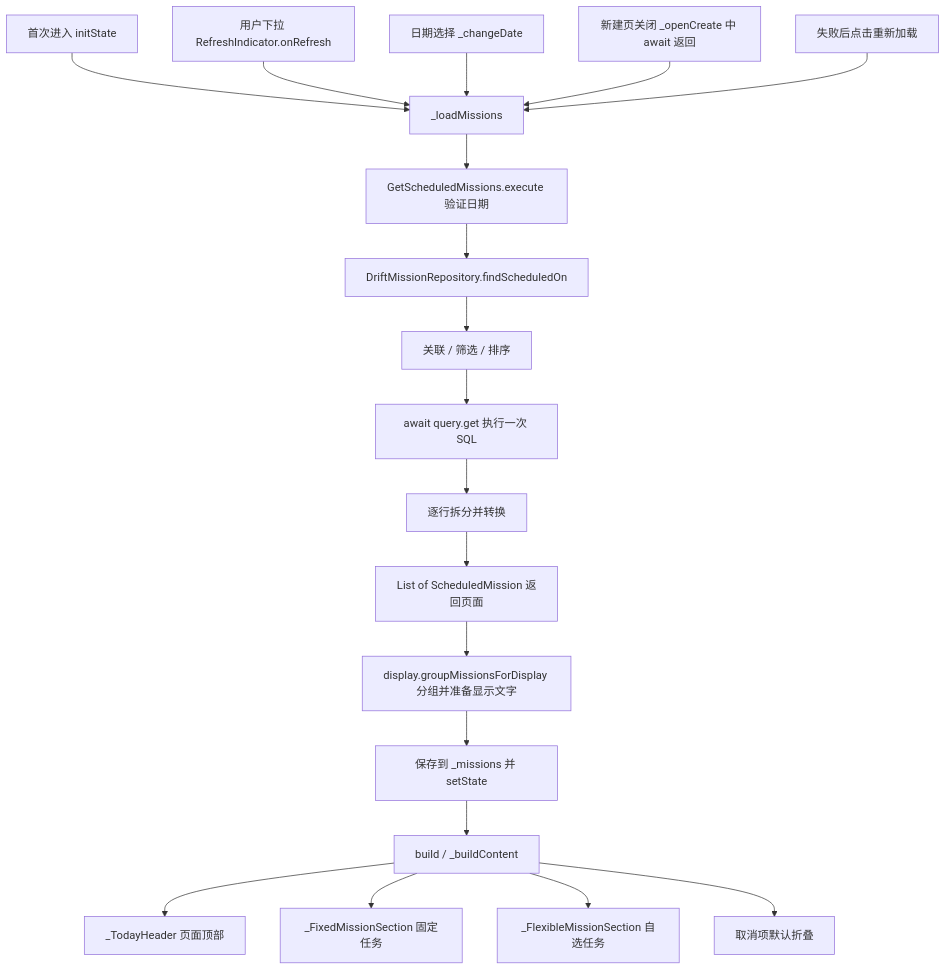
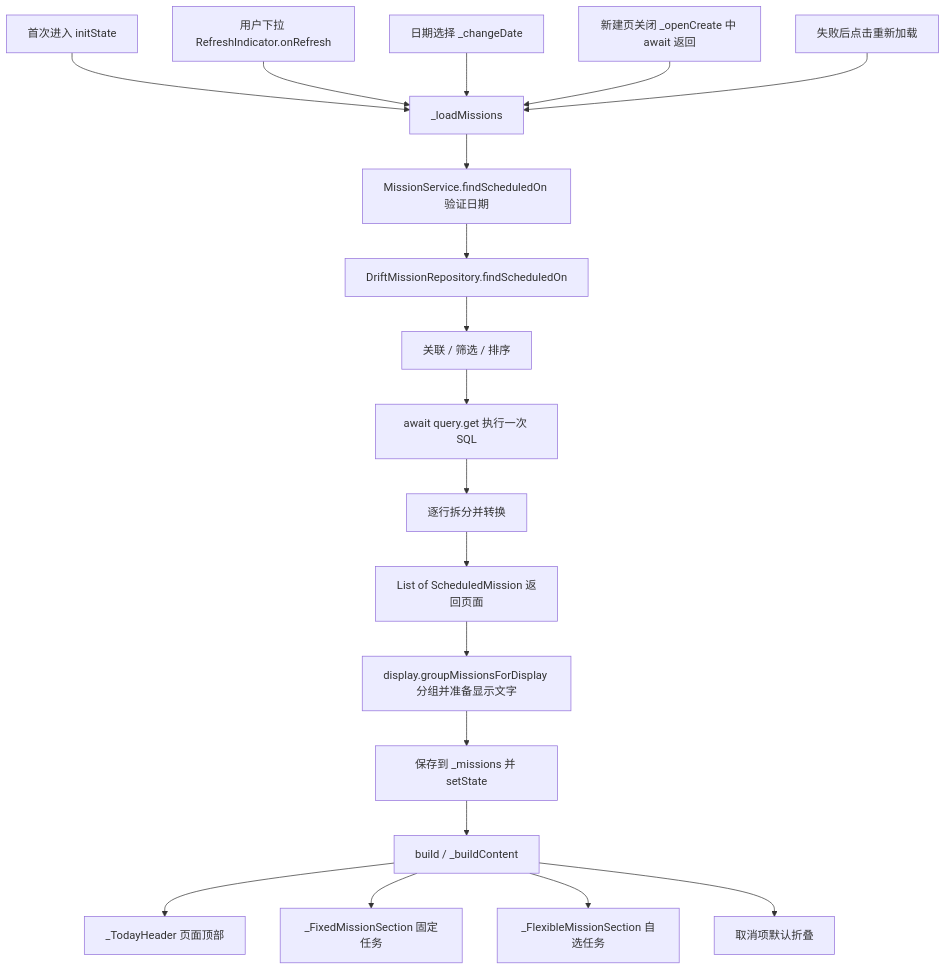
The first of 2 diagrams in docs/教学/U06-今天页真实列表.md (Liuxin4950/MissionBook), drawn with Mermaid before and after one commit. The commit also changed other lines of this file and 28 other files, not shown here.

````diff
--- a/docs/教学/U06-今天页真实列表.md
+++ b/docs/教学/U06-今天页真实列表.md
@@ -7,21 +7,21 @@
 ```mermaid
 flowchart TD
   I[首次进入 initState] --> L[_loadMissions]
   P[用户下拉 RefreshIndicator.onRefresh] --> L
   C[日期选择 _changeDate] --> L
   N[新建页关闭 _openCreate 中 await 返回] --> L
   E[失败后点击重新加载] --> L
-  L --> A[GetScheduledMissions.execute 验证日期]
+  L --> A[MissionService.findScheduledOn 验证日期]
   A --> R[DriftMissionRepository.findScheduledOn]
   R --> Q[关联 / 筛选 / 排序]
   Q --> G[await query.get 执行一次 SQL]
   G --> V[逐行拆分并转换]
   V --> B[List of ScheduledMission 返回页面]
   B --> D[display.groupMissionsForDisplay 分组并准备显示文字]
   D --> S[保存到 _missions 并 setState]
   S --> U[build / _buildContent]
   U --> H[_TodayHeader 页面顶部]
   U --> F[_FixedMissionSection 固定任务]
   U --> X[_FlexibleMissionSection 自选任务]
   U --> K[取消项默认折叠]
 ```
````
